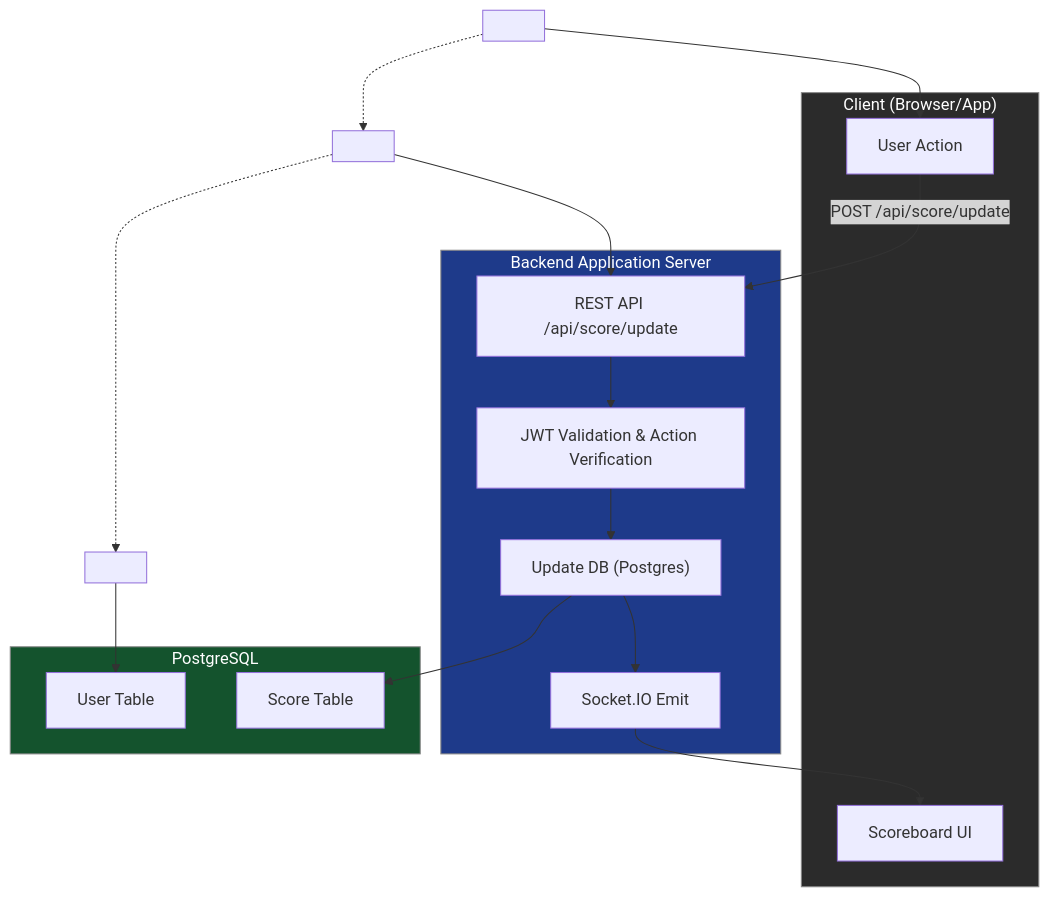
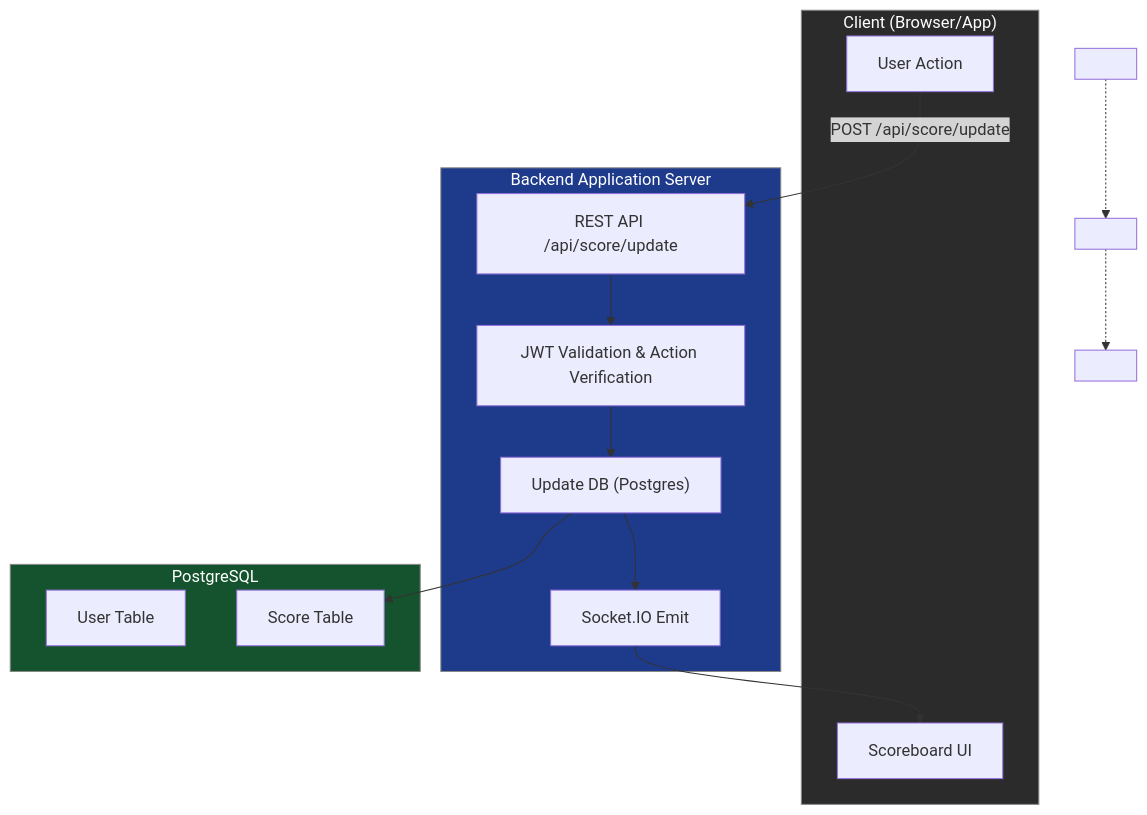
Before and after one commit to lvhoanthanh/react-login: the diagram in backend/readme.md, drawn with Mermaid.

````diff
--- a/backend/readme.md
+++ b/backend/readme.md
@@ -185,38 +185,35 @@
 ```mermaid
 flowchart TB
 
     %% Dummy để giữ layout 3 cột
     C0[ ] -.-> B0[ ] -.-> D0[ ]
 
     %% Cột 1: Client
     subgraph Client["Client (Browser/App)"]
         A1["User Action"]
         A2["Scoreboard UI"]
     end
     style Client fill:#2b2b2b,stroke:#888,color:#fff
-    C0 --> A1
 
     %% Cột 2: Backend
     subgraph Backend["Backend Application Server"]
         B1["REST API /api/score/update"]
         B2["JWT Validation & Action Verification"]
         B3["Update DB (Postgres)"]
         B4["Socket.IO Emit"]
     end
     style Backend fill:#1e3a8a,stroke:#888,color:#fff
-    B0 --> B1
 
     %% Cột 3: Database
     subgraph DB["PostgreSQL"]
         D1["User Table"]
         D2["Score Table"]
     end
     style DB fill:#14532d,stroke:#888,color:#fff
-    D0 --> D1
 
     %% Flow
     A1 -->|POST /api/score/update| B1
     B1 --> B2 --> B3 --> D2
     B3 --> B4 --> A2
 
 ```
````
